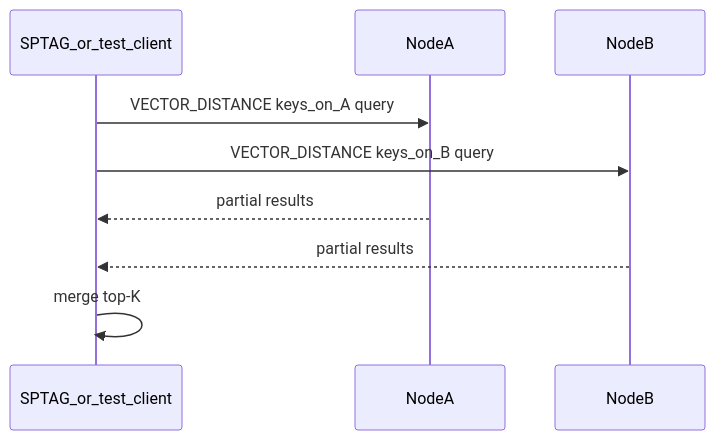
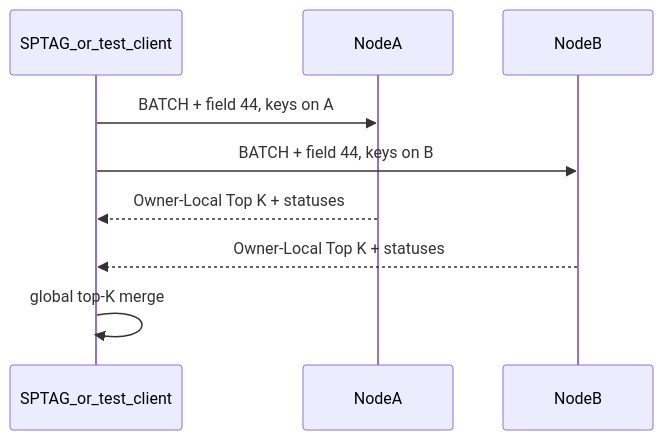
One commit to dzokha-true/aerospike-server changed the diagram in docs/agent-phases/phase-3-vector-distance.md. Above: the diagram before and after it, drawn with Mermaid. The commit also changed other lines of this file and 16 other files, not shown here.

````diff
--- a/docs/agent-phases/phase-3-vector-distance.md
+++ b/docs/agent-phases/phase-3-vector-distance.md
@@ -157,11 +147,11 @@
 ```mermaid
 sequenceDiagram
   participant Client as SPTAG_or_test_client
   participant NodeA
   participant NodeB
-  Client->>NodeA: VECTOR_DISTANCE keys_on_A query
-  Client->>NodeB: VECTOR_DISTANCE keys_on_B query
-  NodeA-->>Client: partial results
-  NodeB-->>Client: partial results
-  Client->>Client: merge top-K
+  Client->>NodeA: BATCH + field 44, keys on A
+  Client->>NodeB: BATCH + field 44, keys on B
+  NodeA-->>Client: Owner-Local Top K + statuses
+  NodeB-->>Client: Owner-Local Top K + statuses
+  Client->>Client: global top-K merge
 ```
````
